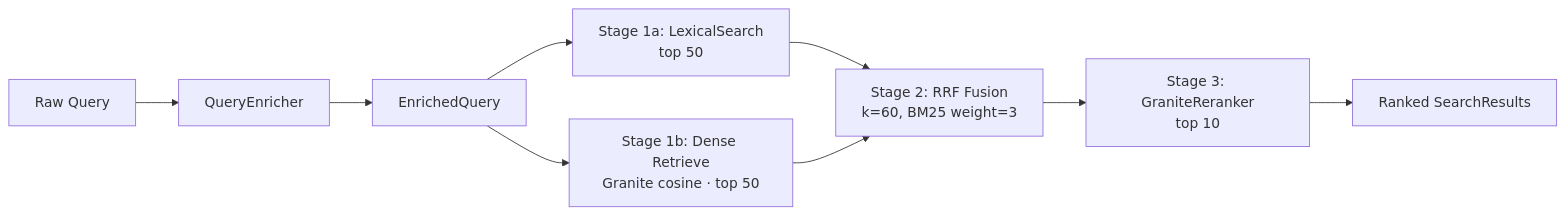
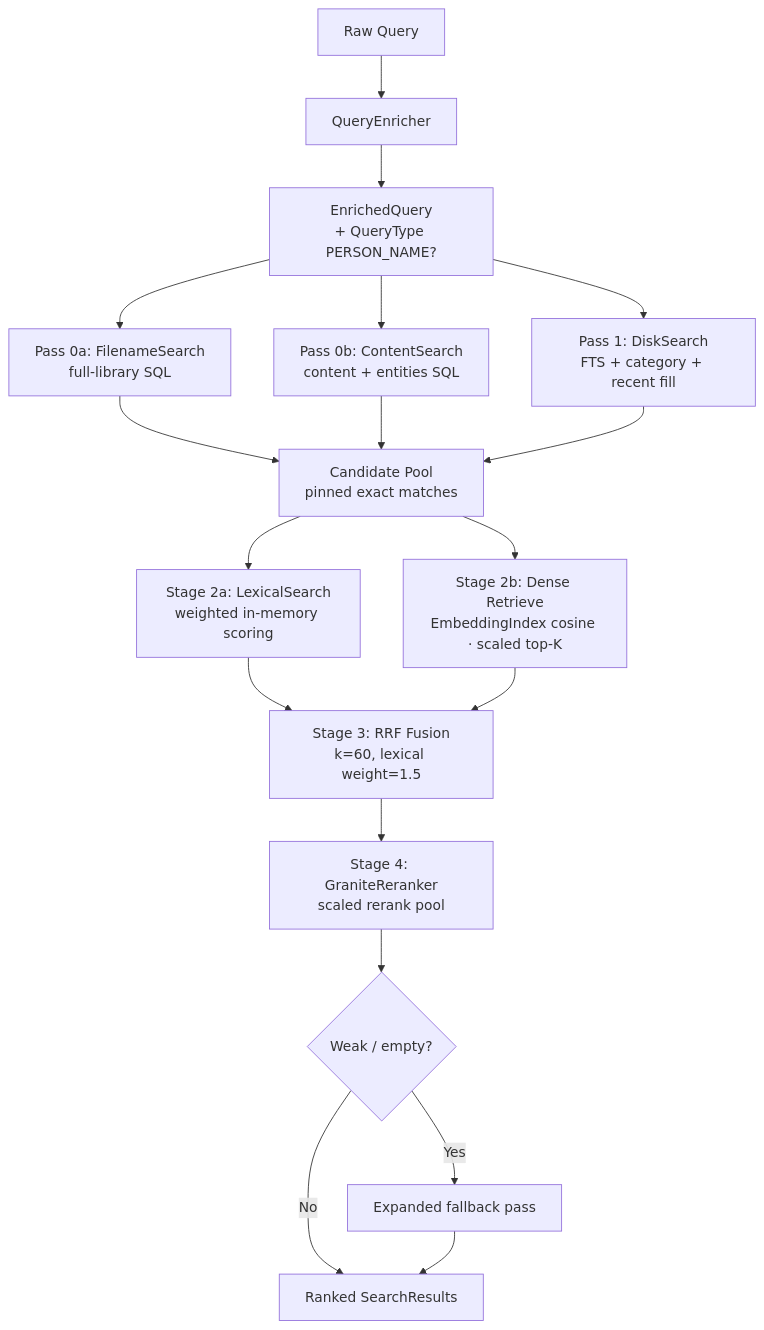
The third of 4 diagrams in README.md (MudithDShetty/RU-by-Strider), drawn with Mermaid before and after one commit. The commit also changed other lines of this file and 56 other files, not shown here.

````diff
--- a/README.md
+++ b/README.md
@@ -196,14 +396,25 @@
 ```mermaid
-flowchart LR
+flowchart TD
     Q[Raw Query] --> QE[QueryEnricher]
-    QE --> E1[EnrichedQuery]
+    QE --> E1[EnrichedQuery<br/>+ QueryType PERSON_NAME?]
 
-    E1 --> LS[Stage 1a: LexicalSearch<br/>top 50]
-    E1 --> DR[Stage 1b: Dense Retrieve<br/>Granite cosine · top 50]
+    E1 --> FS[Pass 0a: FilenameSearch<br/>full-library SQL]
+    E1 --> CS[Pass 0b: ContentSearch<br/>content + entities SQL]
+    E1 --> DS[Pass 1: DiskSearch<br/>FTS + category + recent fill]
 
-    LS --> RRF[Stage 2: RRF Fusion<br/>k=60, BM25 weight=3]
+    FS --> POOL[Candidate Pool<br/>pinned exact matches]
+    CS --> POOL
+    DS --> POOL
+
+    POOL --> LS[Stage 2a: LexicalSearch<br/>weighted in-memory scoring]
+    POOL --> DR[Stage 2b: Dense Retrieve<br/>EmbeddingIndex cosine · scaled top-K]
+
+    LS --> RRF[Stage 3: RRF Fusion<br/>k=60, lexical weight=1.5]
     DR --> RRF
 
-    RRF --> GR[Stage 3: GraniteReranker<br/>top 10]
-    GR --> R[Ranked SearchResults]
+    RRF --> GR[Stage 4: GraniteReranker<br/>scaled rerank pool]
+    GR --> FB{Weak / empty?}
+    FB -->|Yes| EXP[Expanded fallback pass]
+    FB -->|No| R[Ranked SearchResults]
+    EXP --> R
 ```
````
